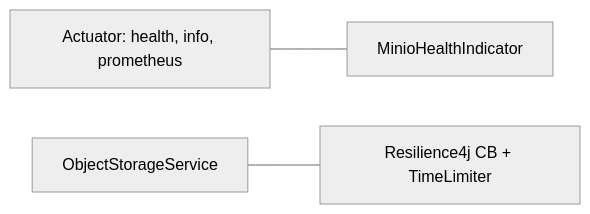
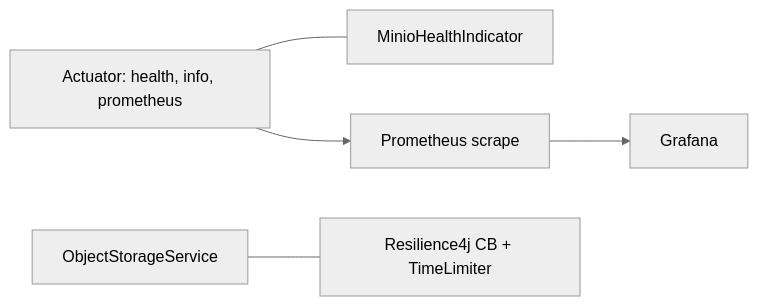
Before and after one commit to kurtlobato/IOL-Challenge: the ninth of 9 diagrams in youtube/DESIGN.md, drawn with Mermaid (neutral theme). The commit also changed other lines of this file, not shown here.

First line of the commit message:
Update DESIGN.md to clarify system architecture and decision-making processes

````diff
--- a/youtube/DESIGN.md
+++ b/youtube/DESIGN.md
@@ -396,8 +415,12 @@
 ```mermaid
 flowchart LR
   ACT[Actuator: health, info, prometheus]
   MH[MinioHealthIndicator]
   CB[Resilience4j CB + TimeLimiter]
+  PR[Prometheus scrape]
+  GF[Grafana]
   ACT --- MH
   OSS[ObjectStorageService] --- CB
+  ACT --> PR
+  PR --> GF
 ```
````
